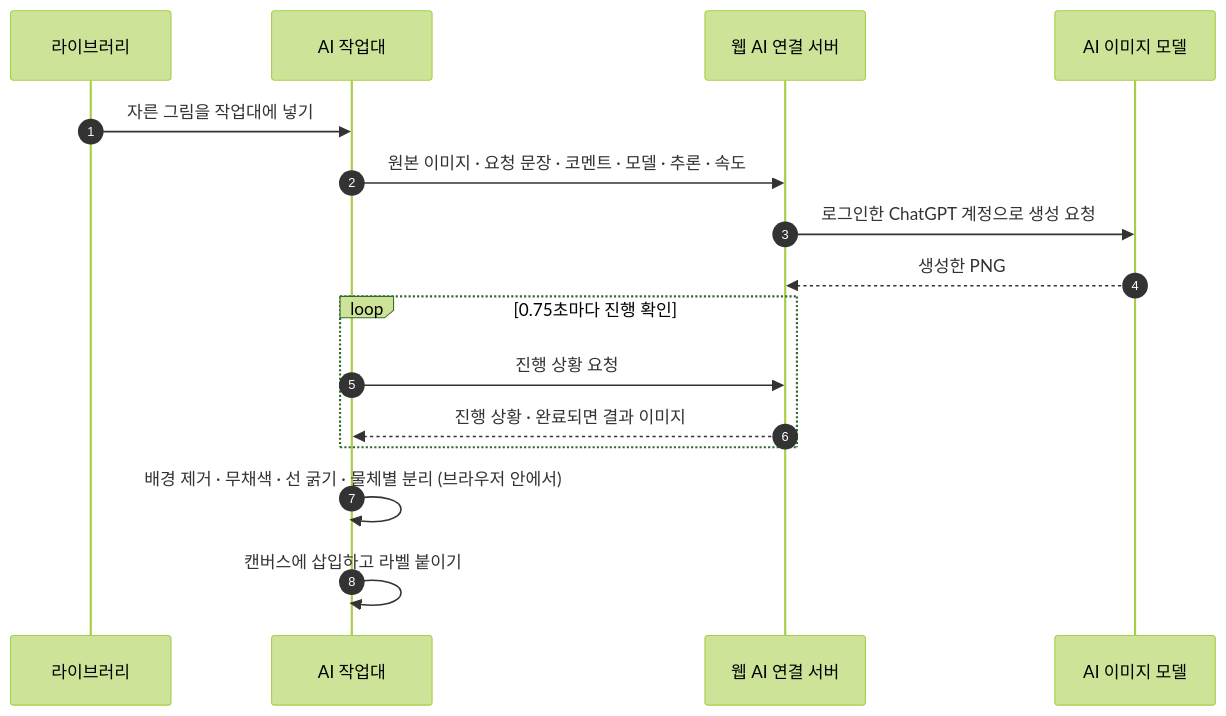
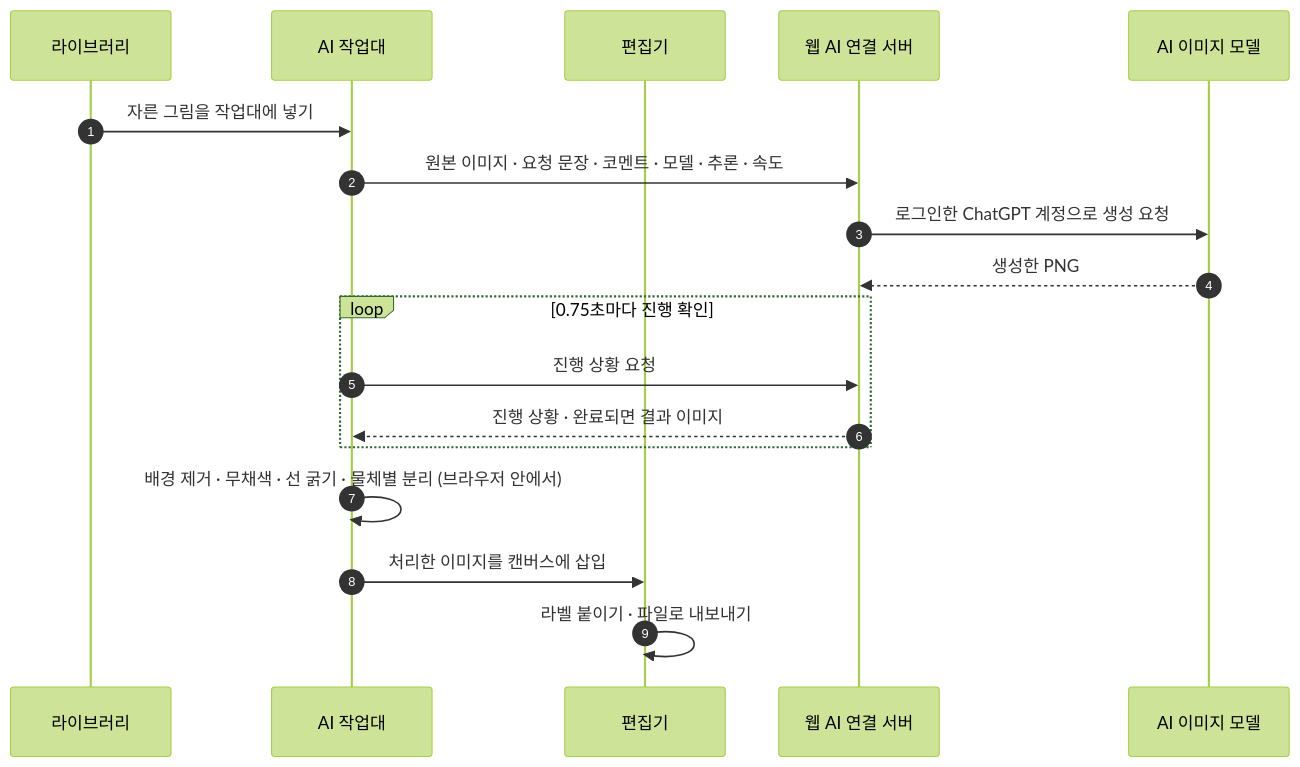
The second of 2 diagrams in README.md (seungyeon980808-pixel/5E), drawn with Mermaid (forest theme) before and after one commit. The commit also changed other lines of this file and 5 other files, not shown here.

````diff
--- a/README.md
+++ b/README.md
@@ -281,18 +290,20 @@
 ```mermaid
 sequenceDiagram
   autonumber
   participant L as 라이브러리
   participant W as AI 작업대
+  participant E as 편집기
   participant R as 웹 AI 연결 서버
   participant M as AI 이미지 모델
   L->>W: 자른 그림을 작업대에 넣기
   W->>R: 원본 이미지 · 요청 문장 · 코멘트 · 모델 · 추론 · 속도
   R->>M: 로그인한 ChatGPT 계정으로 생성 요청
   M-->>R: 생성한 PNG
   loop 0.75초마다 진행 확인
     W->>R: 진행 상황 요청
     R-->>W: 진행 상황 · 완료되면 결과 이미지
   end
   W->>W: 배경 제거 · 무채색 · 선 굵기 · 물체별 분리 (브라우저 안에서)
-  W->>W: 캔버스에 삽입하고 라벨 붙이기
+  W->>E: 처리한 이미지를 캔버스에 삽입
+  E->>E: 라벨 붙이기 · 파일로 내보내기
 ```
````
